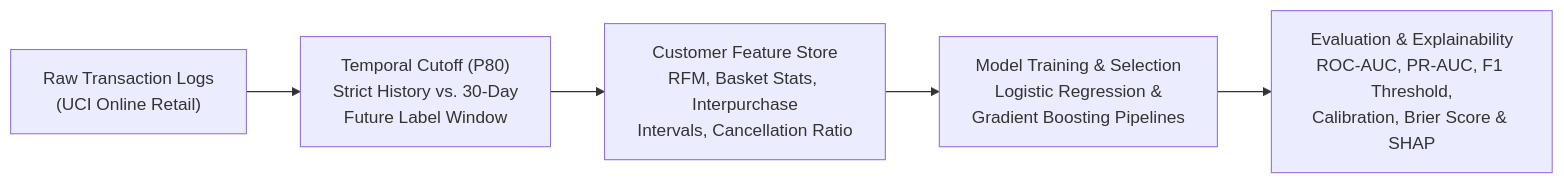
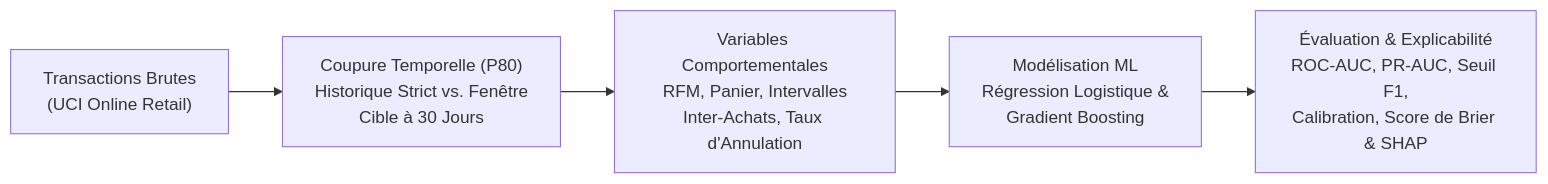
Before and after one commit to rfekir24-cloud/portfolio: the second of 2 diagrams in README.md, drawn with Mermaid. The commit also changed other lines of this file and 4 other files, not shown here.

````diff
--- a/README.md
+++ b/README.md
@@ -67,7 +56,7 @@
 ```mermaid
 flowchart LR
-    A["Raw Transaction Logs\n(UCI Online Retail)"] --> B["Temporal Cutoff (P80)\nStrict History vs. 30-Day\nFuture Label Window"]
-    B --> C["Customer Feature Store\nRFM, Basket Stats, Interpurchase\nIntervals, Cancellation Ratio"]
-    C --> D["Model Training & Selection\nLogistic Regression &\nGradient Boosting Pipelines"]
-    D --> E["Evaluation & Explainability\nROC-AUC, PR-AUC, F1 Threshold,\nCalibration, Brier Score & SHAP"]
+    A["Transactions Brutes\n(UCI Online Retail)"] --> B["Coupure Temporelle (P80)\nHistorique Strict vs. Fenêtre\nCible à 30 Jours"]
+    B --> C["Variables Comportementales\nRFM, Panier, Intervalles\nInter-Achats, Taux d'Annulation"]
+    C --> D["Modélisation ML\nRégression Logistique &\nGradient Boosting"]
+    D --> E["Évaluation & Explicabilité\nROC-AUC, PR-AUC, Seuil F1,\nCalibration, Score de Brier & SHAP"]
 ```
````
